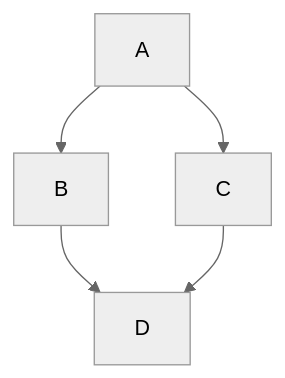
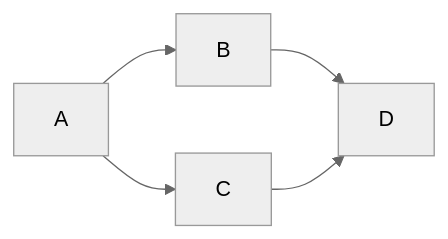
The diagram in _drafts/software-systems-engineering/2021-01-27-a-perspective-on-devops.md (thenewobjective/thenewobjective.github.io), drawn with Mermaid (neutral theme) before and after one commit.

Commit message:
Upated draft

```diff
--- a/_drafts/software-systems-engineering/2021-01-27-a-perspective-on-devops.md
+++ b/_drafts/software-systems-engineering/2021-01-27-a-perspective-on-devops.md
@@ -55,7 +55,7 @@
 <div class="mermaid">
-graph TD;
+graph LR;
     A-->C;
     B-->D;
     C-->D;
     A-->B;
 </div>
```
